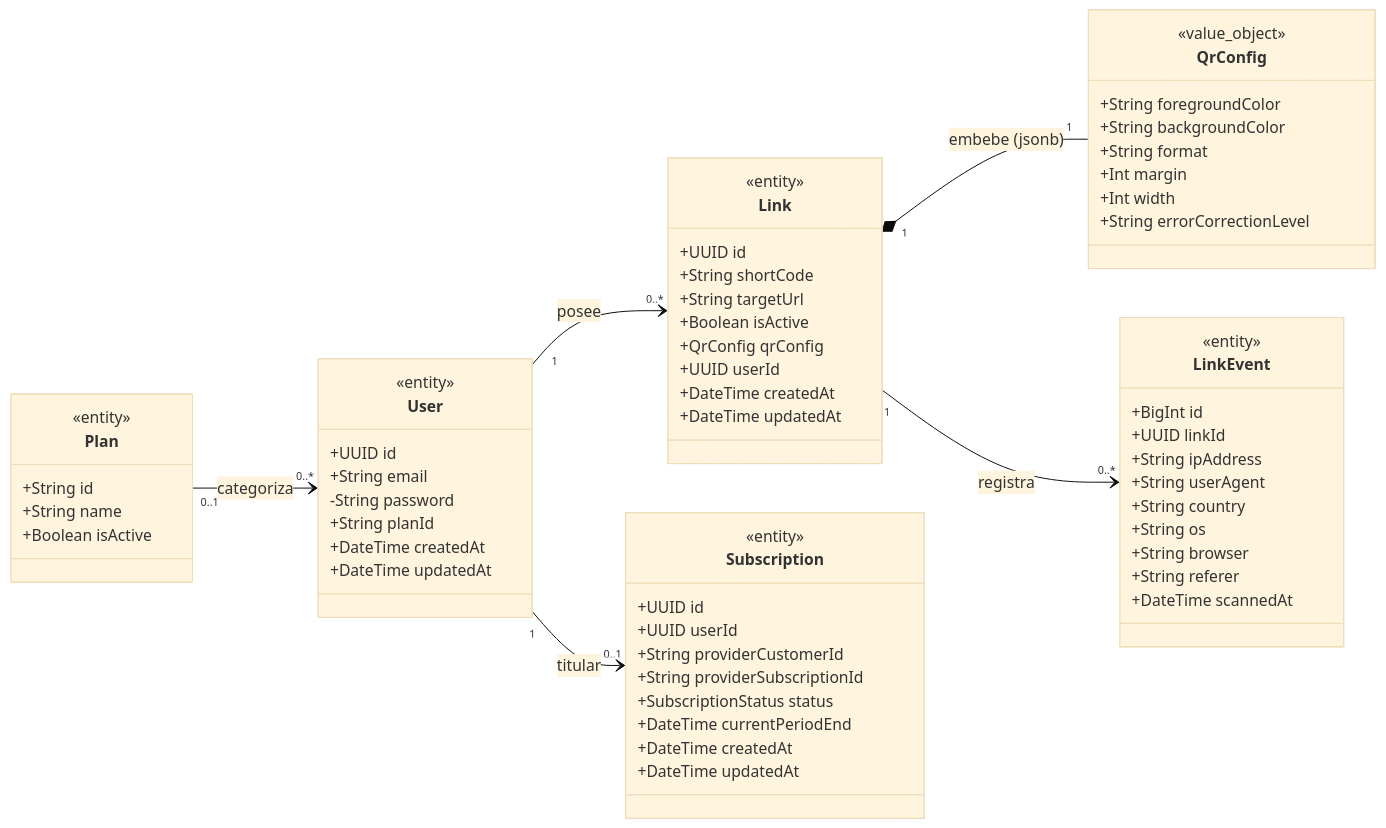
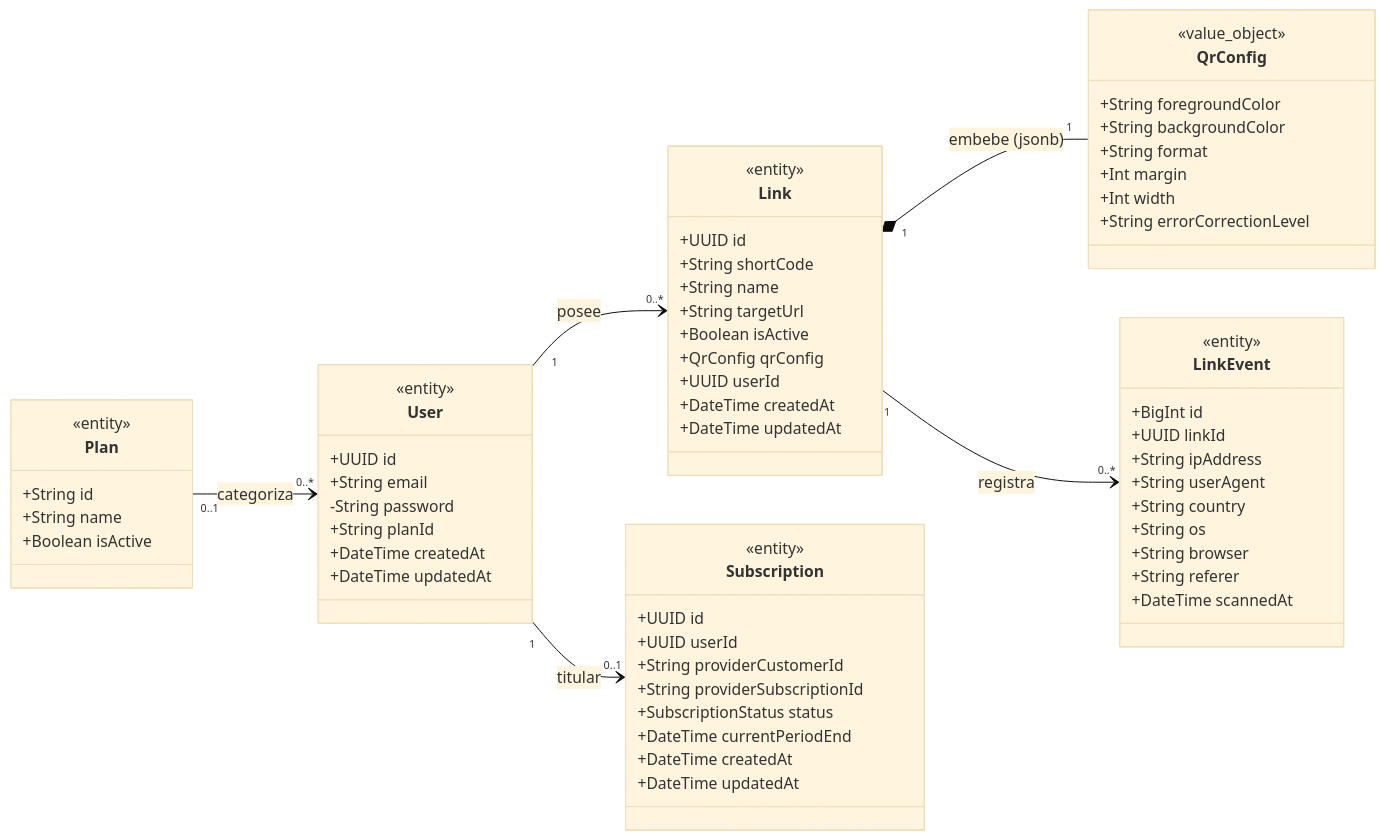
The first of 2 diagrams in docs/database.md (kevinPoncema/shorte-link), drawn with Mermaid (base theme) before and after one commit. The commit also changed other lines of this file and 14 other files, not shown here.

````diff
--- a/docs/database.md
+++ b/docs/database.md
@@ -9,74 +9,75 @@
 ```mermaid
 classDiagram
   direction LR
 
   class Plan {
     <<entity>>
     +String id
     +String name
     +Boolean isActive
   }
 
   class User {
     <<entity>>
     +UUID id
     +String email
     -String password
     +String planId
     +DateTime createdAt
     +DateTime updatedAt
   }
 
   class Link {
     <<entity>>
     +UUID id
     +String shortCode
+    +String name
     +String targetUrl
     +Boolean isActive
     +QrConfig qrConfig
     +UUID userId
     +DateTime createdAt
     +DateTime updatedAt
   }
 
   class QrConfig {
     <<value_object>>
     +String foregroundColor
     +String backgroundColor
     +String format
     +Int margin
     +Int width
     +String errorCorrectionLevel
   }
 
   class LinkEvent {
     <<entity>>
     +BigInt id
     +UUID linkId
     +String ipAddress
     +String userAgent
     +String country
     +String os
     +String browser
     +String referer
     +DateTime scannedAt
   }
 
   class Subscription {
     <<entity>>
     +UUID id
     +UUID userId
     +String providerCustomerId
     +String providerSubscriptionId
     +SubscriptionStatus status
     +DateTime currentPeriodEnd
     +DateTime createdAt
     +DateTime updatedAt
   }
 
   Plan "0..1" --> "0..*" User : categoriza
   User "1" --> "0..*" Link : posee
   User "1" --> "0..1" Subscription : titular
   Link "1" *-- "1" QrConfig : embebe (jsonb)
   Link "1" --> "0..*" LinkEvent : registra
 ```
````
